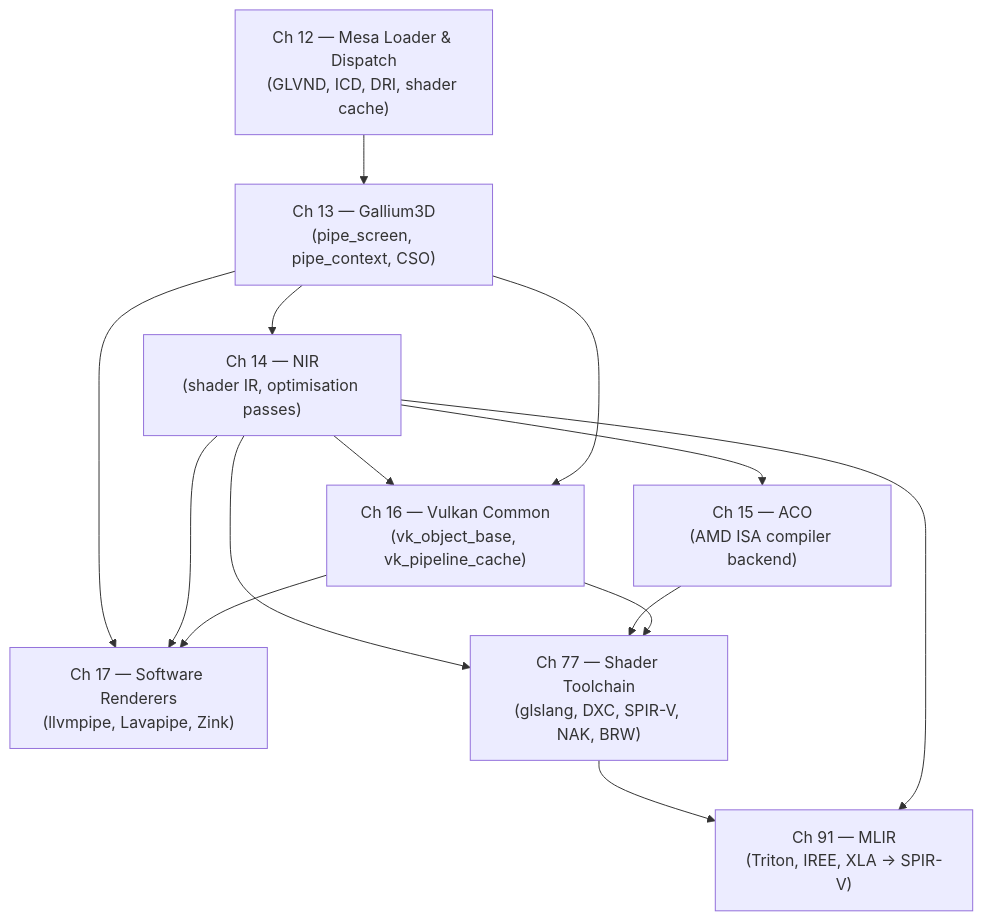
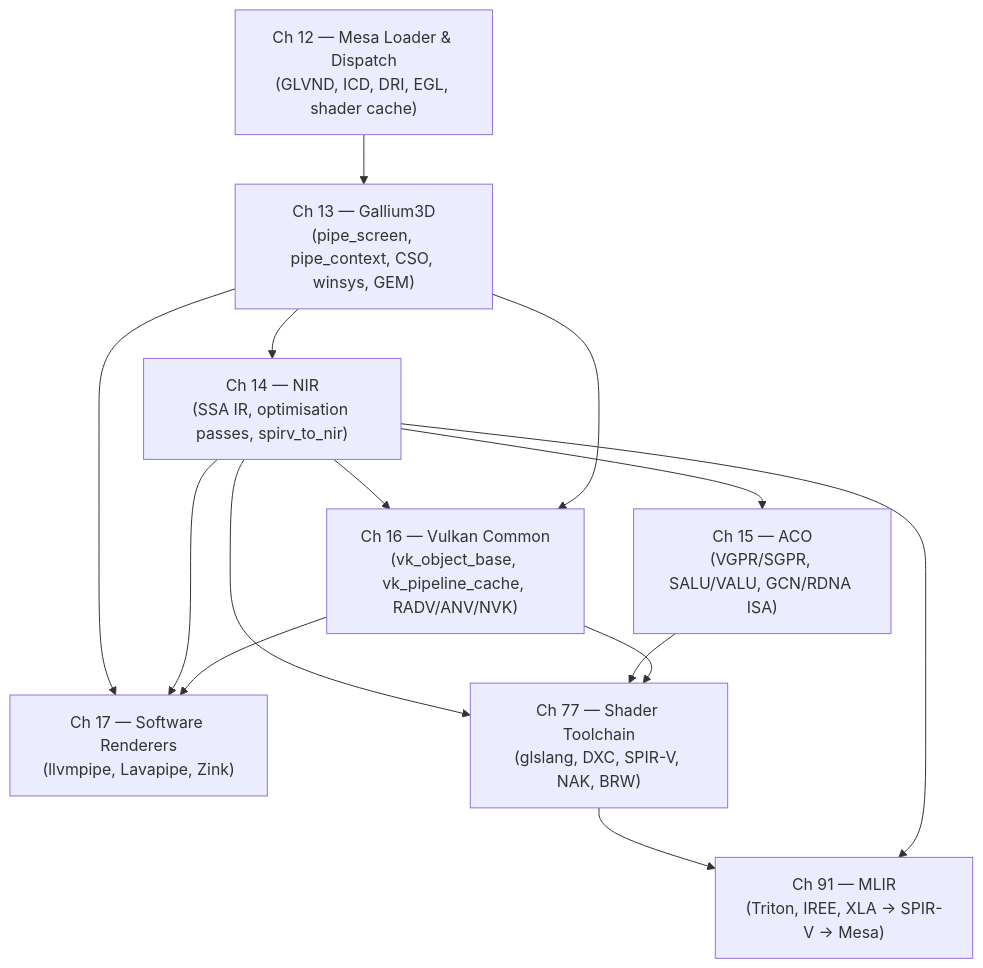
Before and after one commit to jreuben11/linux-graphics-stack-book: the diagram in chapters/part-04-mesa-architecture/part-intro.md, drawn with Mermaid. The commit also changed other lines of this file and 5 other files, not shown here.

````diff
--- a/chapters/part-04-mesa-architecture/part-intro.md
+++ b/chapters/part-04-mesa-architecture/part-intro.md
@@ -41,25 +97,25 @@
 ```mermaid
 graph TD
-    CH12["Ch 12 — Mesa Loader & Dispatch\n(GLVND, ICD, DRI, shader cache)"]
-    CH13["Ch 13 — Gallium3D\n(pipe_screen, pipe_context, CSO)"]
-    CH14["Ch 14 — NIR\n(shader IR, optimisation passes)"]
-    CH15["Ch 15 — ACO\n(AMD ISA compiler backend)"]
-    CH16["Ch 16 — Vulkan Common\n(vk_object_base, vk_pipeline_cache)"]
+    CH12["Ch 12 — Mesa Loader & Dispatch\n(GLVND, ICD, DRI, EGL, shader cache)"]
+    CH13["Ch 13 — Gallium3D\n(pipe_screen, pipe_context, CSO, winsys, GEM)"]
+    CH14["Ch 14 — NIR\n(SSA IR, optimisation passes, spirv_to_nir)"]
+    CH15["Ch 15 — ACO\n(VGPR/SGPR, SALU/VALU, GCN/RDNA ISA)"]
+    CH16["Ch 16 — Vulkan Common\n(vk_object_base, vk_pipeline_cache, RADV/ANV/NVK)"]
     CH17["Ch 17 — Software Renderers\n(llvmpipe, Lavapipe, Zink)"]
     CH77["Ch 77 — Shader Toolchain\n(glslang, DXC, SPIR-V, NAK, BRW)"]
-    CH91["Ch 91 — MLIR\n(Triton, IREE, XLA → SPIR-V)"]
+    CH91["Ch 91 — MLIR\n(Triton, IREE, XLA → SPIR-V → Mesa)"]
 
     CH12 --> CH13
     CH13 --> CH14
     CH14 --> CH15
     CH14 --> CH16
     CH13 --> CH16
     CH13 --> CH17
     CH14 --> CH17
     CH16 --> CH17
     CH14 --> CH77
     CH15 --> CH77
     CH16 --> CH77
     CH77 --> CH91
     CH14 --> CH91
 ```
````
